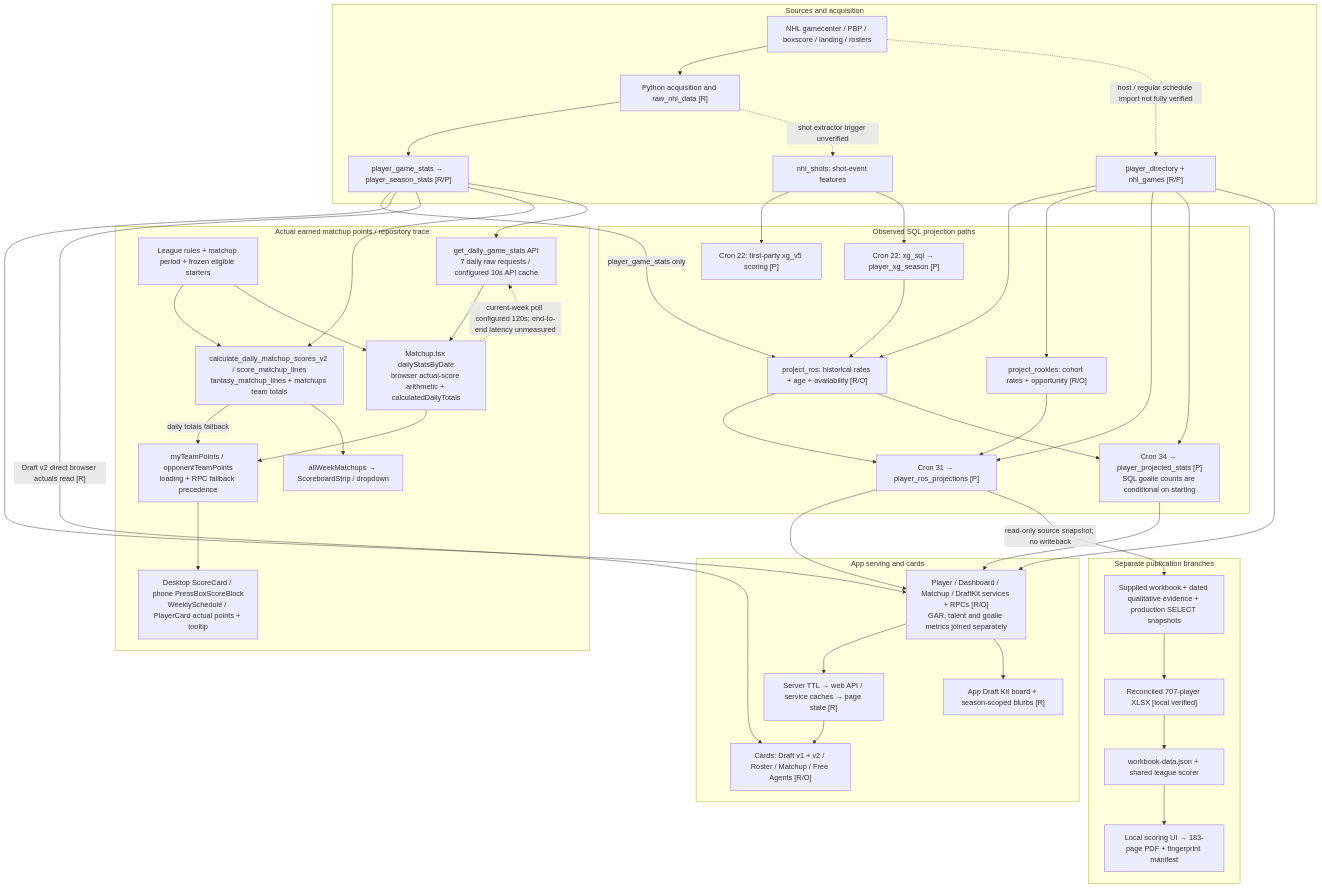
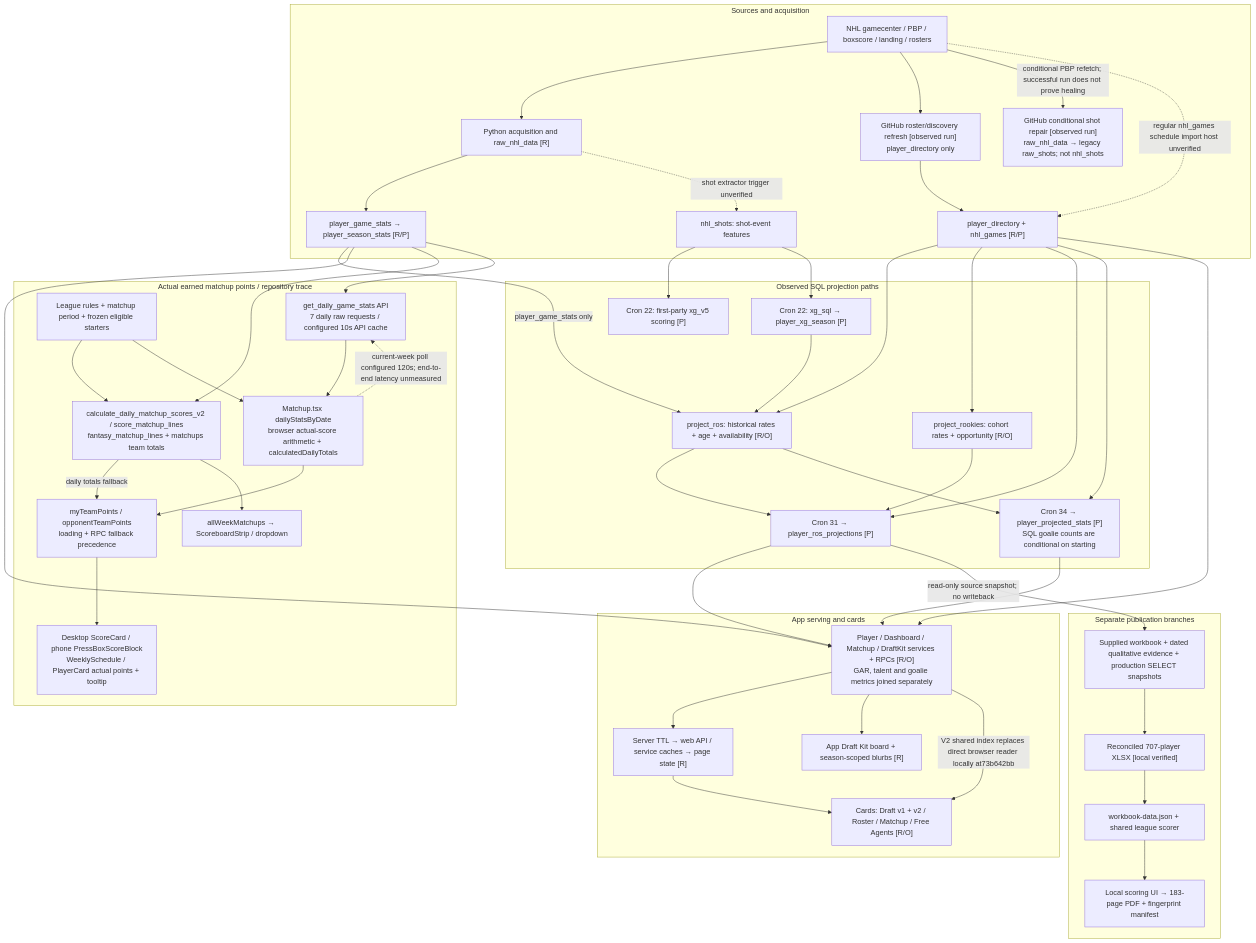
The diagram in docs/audits/citrus-data-network-2026-09-12.mmd (Gstormsfh/citrus-league-storm-main), drawn with Mermaid before and after one commit. The commit also changed 10 other files, not shown here.

```diff
--- a/docs/audits/citrus-data-network-2026-09-12.mmd
+++ b/docs/audits/citrus-data-network-2026-09-12.mmd
@@ -1,68 +1,72 @@
 flowchart TB
   subgraph Sources[Sources and acquisition]
     NHL["NHL gamecenter / PBP / boxscore / landing / rosters"]
     ING["Python acquisition and raw_nhl_data [R]"]
     FACT["player_game_stats → player_season_stats [R/P]"]
     META["player_directory + nhl_games [R/P]"]
     SHOT["nhl_shots: shot-event features"]
     NHL --> ING --> FACT
-    NHL -. "host / regular schedule import not fully verified" .-> META
+    DIRJOB["GitHub roster/discovery refresh [observed run]<br/>player_directory only"]
+    REPAIR["GitHub conditional shot repair [observed run]<br/>raw_nhl_data → legacy raw_shots; not nhl_shots"]
+    NHL --> DIRJOB --> META
+    NHL -->|"conditional PBP refetch; successful run does not prove healing"| REPAIR
+    NHL -. "regular nhl_games schedule import host unverified" .-> META
     ING -. "shot extractor trigger unverified" .-> SHOT
   end
   subgraph Models[Observed SQL projection paths]
     V5["Cron 22: first-party xg_v5 scoring [P]"]
     XG["Cron 22: xg_sql → player_xg_season [P]"]
     RATE["project_ros: historical rates + age + availability [R/O]"]
     ROOKIE["project_rookies: cohort rates + opportunity [R/O]"]
     ROS["Cron 31 → player_ros_projections [P]"]
     DAILY["Cron 34 → player_projected_stats [P]<br/>SQL goalie counts are conditional on starting"]
     SHOT --> V5
     SHOT --> XG
     FACT -->|"player_game_stats only"| RATE
     XG --> RATE
     META --> RATE
     META --> ROOKIE
     RATE --> ROS
     ROOKIE --> ROS
     META --> ROS
     RATE --> DAILY
     META --> DAILY
   end
   subgraph Product[App serving and cards]
     API["Player / Dashboard / Matchup / DraftKit services + RPCs [R/O]<br/>GAR, talent and goalie metrics joined separately"]
     CACHE["Server TTL → web API / service caches → page state [R]"]
     CARD["Cards: Draft v1 + v2 / Roster / Matchup / Free Agents [R/O]"]
     APPKIT["App Draft Kit board + season-scoped blurbs [R]"]
     FACT --> API
     META --> API
     ROS --> API
     DAILY --> API
     API --> CACHE --> CARD
     API --> APPKIT
-    FACT -->|"Draft v2 direct browser actuals read [R]"| CARD
+    API -->|"V2 shared index replaces direct browser reader locally at73b642bb"| CARD
   end
   subgraph ActualMatchup[Actual earned matchup points / repository trace]
     ELIG["League rules + matchup period + frozen eligible starters"]
     SQLACT["calculate_daily_matchup_scores_v2 / score_matchup_lines<br/>fantasy_matchup_lines + matchups team totals"]
     RAWACT["get_daily_game_stats API<br/>7 daily raw requests / configured 10s API cache"]
     UIACT["Matchup.tsx dailyStatsByDate<br/>browser actual-score arithmetic + calculatedDailyTotals"]
     SELECTACT["myTeamPoints / opponentTeamPoints<br/>loading + RPC fallback precedence"]
     SCOREBOARD["Desktop ScoreCard / phone PressBoxScoreBlock<br/>WeeklySchedule / PlayerCard actual points + tooltip"]
     STRIP["allWeekMatchups → ScoreboardStrip / dropdown"]
     FACT --> SQLACT
     ELIG --> SQLACT
     FACT --> RAWACT --> UIACT
     ELIG --> UIACT
     SQLACT -->|"daily totals fallback"| SELECTACT
     UIACT --> SELECTACT --> SCOREBOARD
     SQLACT --> STRIP
     UIACT -. "current-week poll configured 120s; end-to-end latency unmeasured" .-> RAWACT
   end
   subgraph Publication[Separate publication branches]
     INPUT["Supplied workbook + dated qualitative evidence + production SELECT snapshots"]
     WB["Reconciled 707-player XLSX [local verified]"]
     SNAP["workbook-data.json + shared league scorer"]
     PDF["Local scoring UI → 183-page PDF + fingerprint manifest"]
     ROS -->|"read-only source snapshot; no writeback"| INPUT
     INPUT --> WB --> SNAP --> PDF
   end
```
